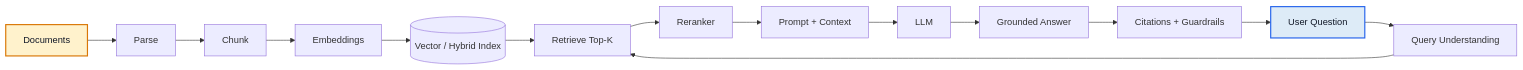
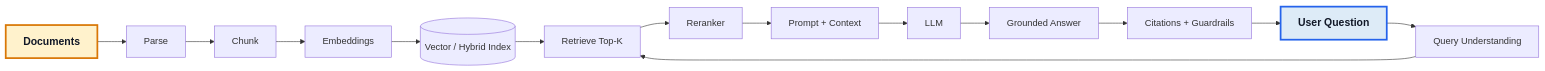
Before and after one commit to azam123/awesome-ai-engineer: the first of 26 diagrams in AI-Engineer-Interview-Questions-2026.md, drawn with Mermaid. The commit also changed other lines of this file, not shown here.

Commit message:
docs: improve Mermaid diagram text readability

````diff
--- a/AI-Engineer-Interview-Questions-2026.md
+++ b/AI-Engineer-Interview-Questions-2026.md
@@ -107,21 +107,21 @@
 ```mermaid
 flowchart LR
 A[Documents] --> B[Parse]
 B --> C[Chunk]
 C --> D[Embeddings]
 D --> E[(Vector / Hybrid Index)]
 U[User Question] --> Q[Query Understanding]
 Q --> R[Retrieve Top-K]
 E --> R
 R --> RR[Reranker]
 RR --> P[Prompt + Context]
 P --> L[LLM]
 L --> G[Grounded Answer]
 G --> V[Citations + Guardrails]
 V --> U
 class A yellow
 class U blue
-classDef yellow fill:#FFF2CC,stroke:#D97706,stroke-width:2px,color:#111827;
-classDef blue fill:#DDEBF7,stroke:#2563EB,stroke-width:2px,color:#111827;
-classDef green fill:#E2F0D9,stroke:#15803D,stroke-width:2px,color:#111827;
+classDef yellow fill:#FFF2CC,stroke:#D97706,stroke-width:3px,color:#111827,font-size:18px,font-weight:bold;
+classDef blue fill:#DDEBF7,stroke:#2563EB,stroke-width:3px,color:#111827,font-size:18px,font-weight:bold;
+classDef green fill:#E2F0D9,stroke:#15803D,stroke-width:3px,color:#111827,font-size:18px,font-weight:bold;
 ```
````
